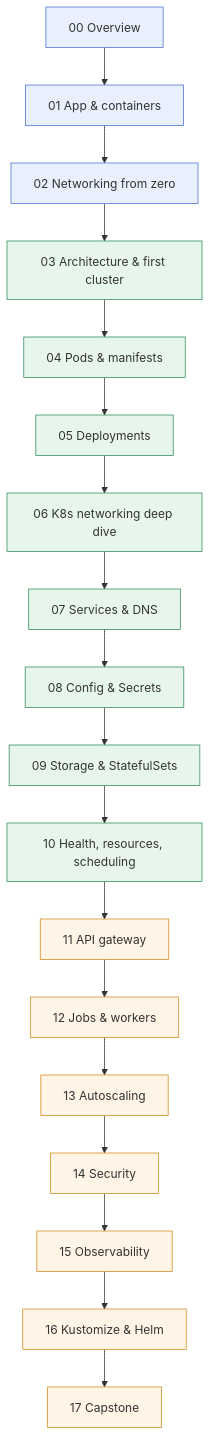
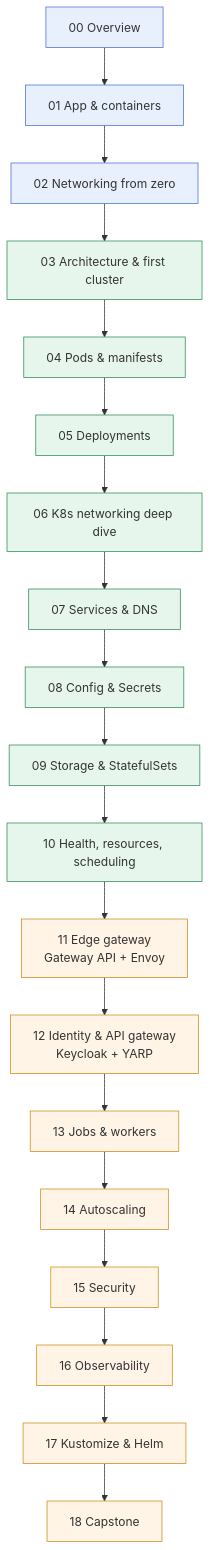
Before and after one commit to RayIci/kubernetes-tutorial: the tenth of 11 diagrams in docs/00-overview.md, drawn with Mermaid. The commit also changed other lines of this file and 3 other files, not shown here.

````diff
--- a/docs/00-overview.md
+++ b/docs/00-overview.md
@@ -242,16 +737,17 @@
 ```mermaid
 flowchart TB
     S00["00 Overview"] --> S01["01 App & containers"] --> S02["02 Networking from zero"]
     S02 --> S03["03 Architecture & first cluster"] --> S04["04 Pods & manifests"] --> S05["05 Deployments"]
     S05 --> S06["06 K8s networking deep dive"] --> S07["07 Services & DNS"]
     S07 --> S08["08 Config & Secrets"] --> S09["09 Storage & StatefulSets"] --> S10["10 Health, resources, scheduling"]
-    S10 --> S11["11 API gateway"] --> S12["12 Jobs & workers"] --> S13["13 Autoscaling"]
-    S13 --> S14["14 Security"] --> S15["15 Observability"] --> S16["16 Kustomize & Helm"] --> S17["17 Capstone"]
+    S10 --> S11["11 Edge gateway<br/>Gateway API + Envoy"] --> S12["12 Identity & API gateway<br/>Keycloak + YARP"]
+    S12 --> S13["13 Jobs & workers"] --> S14["14 Autoscaling"] --> S15["15 Security"]
+    S15 --> S16["16 Observability"] --> S17["17 Kustomize & Helm"] --> S18["18 Capstone"]
 
     classDef found fill:#e8f0fe,stroke:#4a6fd1
     classDef core fill:#e7f6ec,stroke:#2e8b57
     classDef prod fill:#fff4e5,stroke:#d08a1a
     class S00,S01,S02 found
     class S03,S04,S05,S06,S07,S08,S09,S10 core
-    class S11,S12,S13,S14,S15,S16,S17 prod
+    class S11,S12,S13,S14,S15,S16,S17,S18 prod
 ```
````
